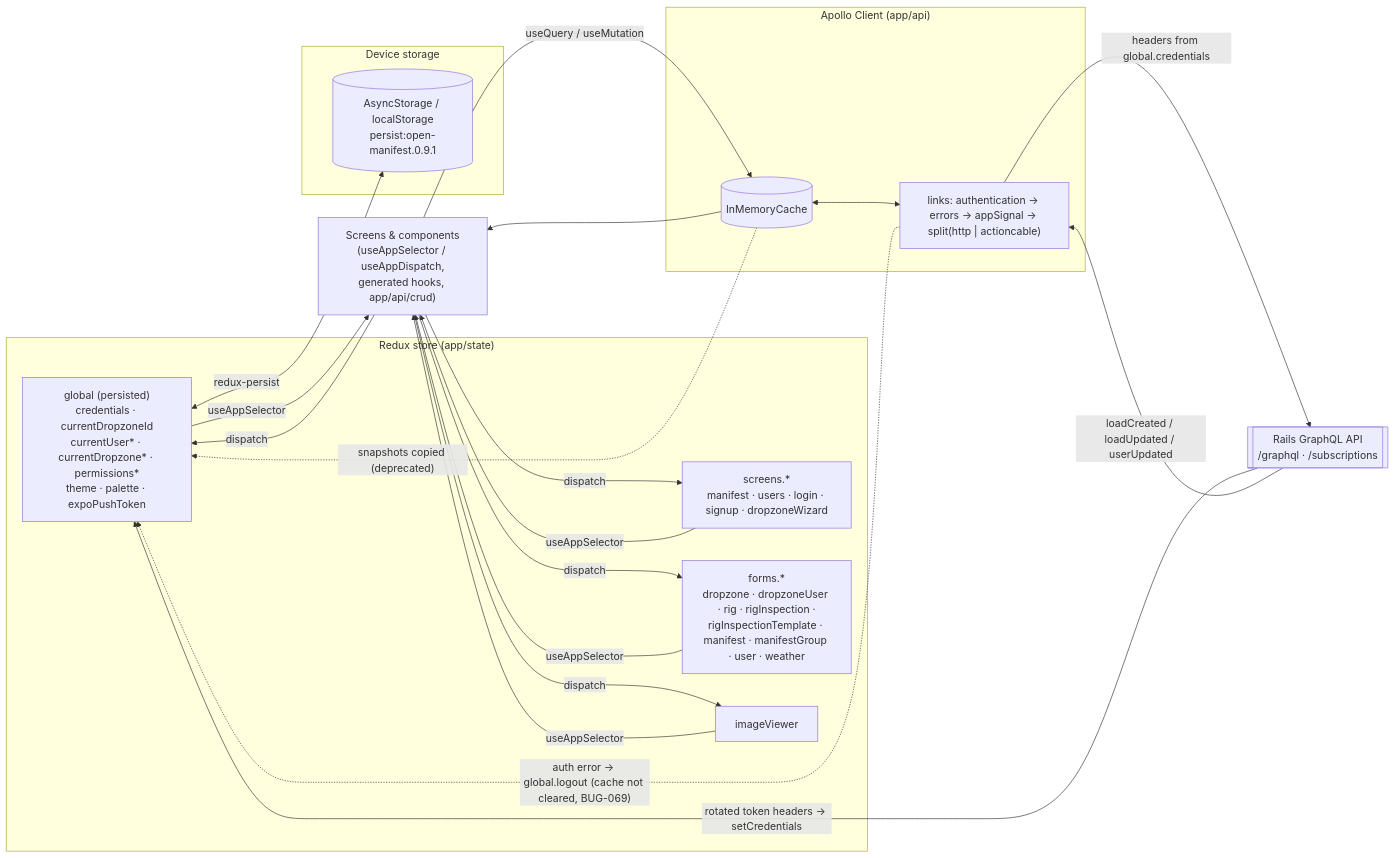
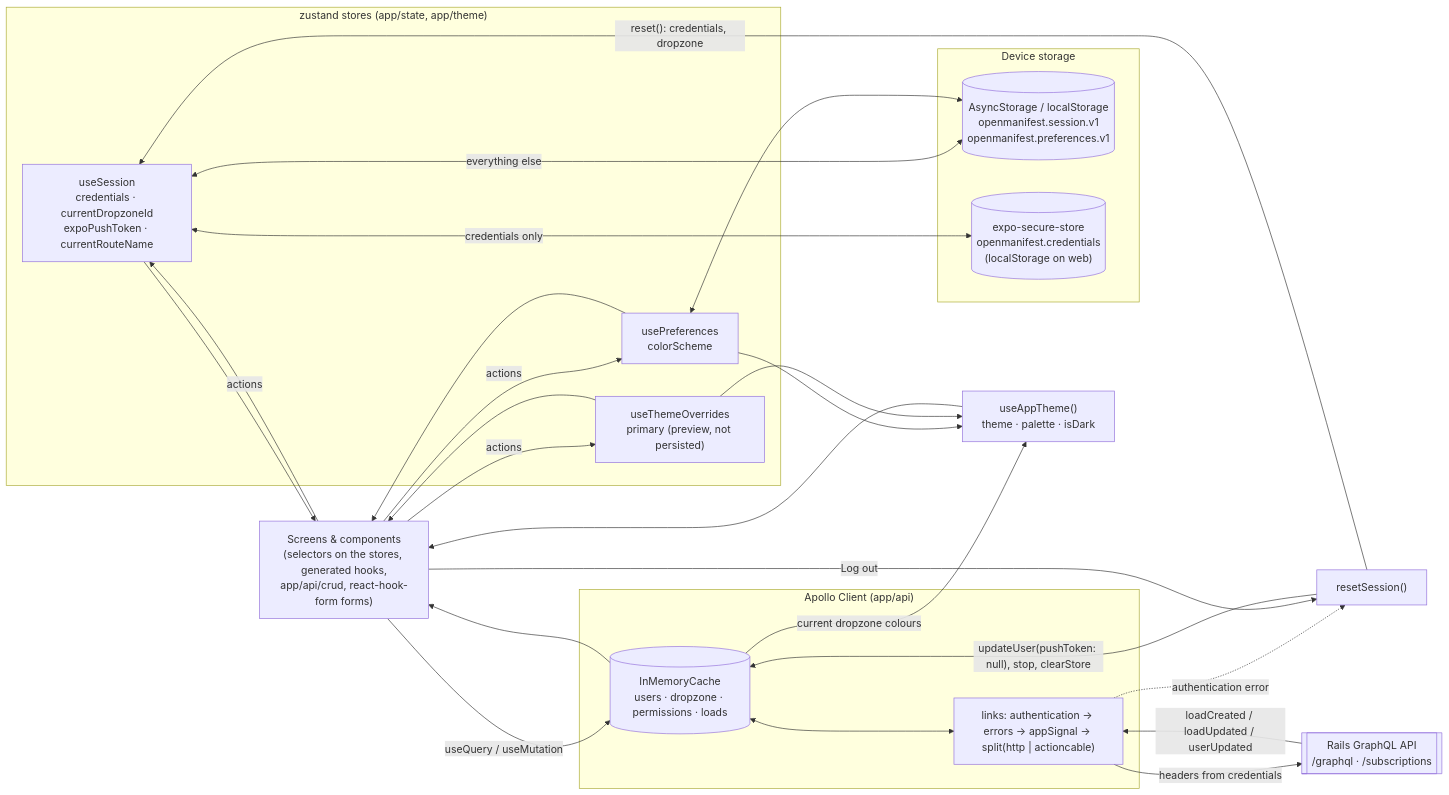
The second of 2 diagrams in docs/reference/diagrams.md (OpenManifest/openmanifest), drawn with Mermaid before and after one commit. The commit also changed other lines of this file and 493 other files, not shown here.

````diff
--- a/docs/reference/diagrams.md
+++ b/docs/reference/diagrams.md
@@ -84,33 +84,41 @@
 ```mermaid
 flowchart LR
   subgraph Device["Device storage"]
-    AS[("AsyncStorage / localStorage<br/>persist:open-manifest.0.9.1")]
+    AS[("AsyncStorage / localStorage<br/>openmanifest.session.v1<br/>openmanifest.preferences.v1")]
+    SS[("expo-secure-store<br/>openmanifest.credentials<br/>(localStorage on web)")]
   end
 
-  subgraph Redux["Redux store (app/state)"]
-    G["global (persisted)<br/>credentials · currentDropzoneId<br/>currentUser* · currentDropzone* · permissions*<br/>theme · palette · expoPushToken"]
-    S["screens.*<br/>manifest · users · login · signup · dropzoneWizard"]
-    F["forms.*<br/>dropzone · dropzoneUser · rig · rigInspection ·<br/>rigInspectionTemplate · manifest · manifestGroup · user · weather"]
-    IV["imageViewer"]
+  subgraph Zustand["zustand stores (app/state, app/theme)"]
+    Session["useSession<br/>credentials · currentDropzoneId<br/>expoPushToken · currentRouteName"]
+    Prefs["usePreferences<br/>colorScheme"]
+    Over["useThemeOverrides<br/>primary (preview, not persisted)"]
   end
 
   subgraph Apollo["Apollo Client (app/api)"]
-    Cache[("InMemoryCache")]
+    Cache[("InMemoryCache<br/>users · dropzone · permissions · loads")]
     Links["links: authentication → errors → appSignal → split(http | actioncable)"]
   end
 
   API[["Rails GraphQL API<br/>/graphql · /subscriptions"]]
-  UI["Screens & components<br/>(useAppSelector / useAppDispatch,<br/>generated hooks, app/api/crud)"]
+  Theme["useAppTheme()<br/>theme · palette · isDark"]
+  UI["Screens & components<br/>(selectors on the stores, generated hooks,<br/>app/api/crud, react-hook-form forms)"]
+  Reset["resetSession()"]
 
-  G <-->|redux-persist| AS
-  UI -->|dispatch| G & S & F & IV
-  G & S & F & IV -->|useAppSelector| UI
+  Session <-->|"credentials only"| SS
+  Session <-->|"everything else"| AS
+  Prefs <--> AS
+  UI -->|actions| Session & Prefs & Over
+  Session & Prefs & Over --> UI
+  Prefs & Over --> Theme
+  Cache -->|"current dropzone colours"| Theme
+  Theme --> UI
   UI -->|useQuery / useMutation| Cache
   Cache --> UI
   Cache <--> Links
-  Links -->|"headers from global.credentials"| API
-  API -->|"rotated token headers → setCredentials"| G
+  Links -->|"headers from credentials"| API
   API -->|"loadCreated / loadUpdated / userUpdated"| Links
-  Cache -.->|"snapshots copied (deprecated)"| G
-  Links -.->|"auth error → global.logout (cache not cleared, BUG-069)"| G
+  Links -.->|"authentication error"| Reset
+  UI -->|"Log out"| Reset
+  Reset -->|"updateUser(pushToken: null), stop, clearStore"| Cache
+  Reset -->|"reset(): credentials, dropzone"| Session
 ```
````
